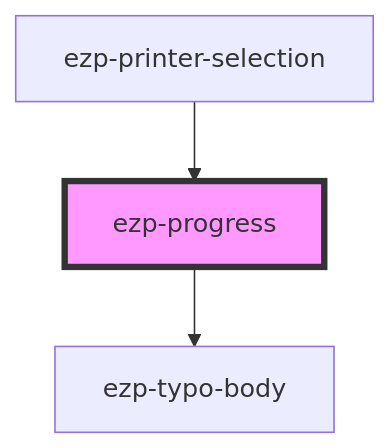
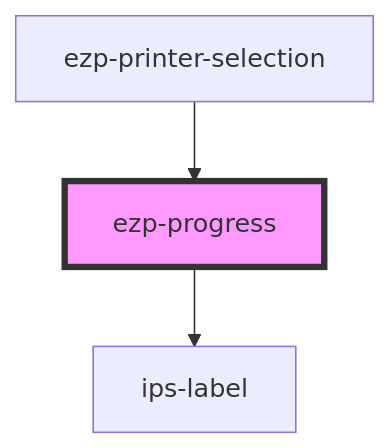
The diagram in src/components/ezp-progress/readme.md (ezeep/ezeep-js), drawn with Mermaid before and after one commit. The commit also changed other lines of this file and 26 other files, not shown here.

````diff
--- a/src/components/ezp-progress/readme.md
+++ b/src/components/ezp-progress/readme.md
@@ -34,6 +32,6 @@
 ```mermaid
 graph TD;
-  ezp-progress --> ezp-typo-body
+  ezp-progress --> ips-label
   ezp-printer-selection --> ezp-progress
   style ezp-progress fill:#f9f,stroke:#333,stroke-width:4px
 ```
````
